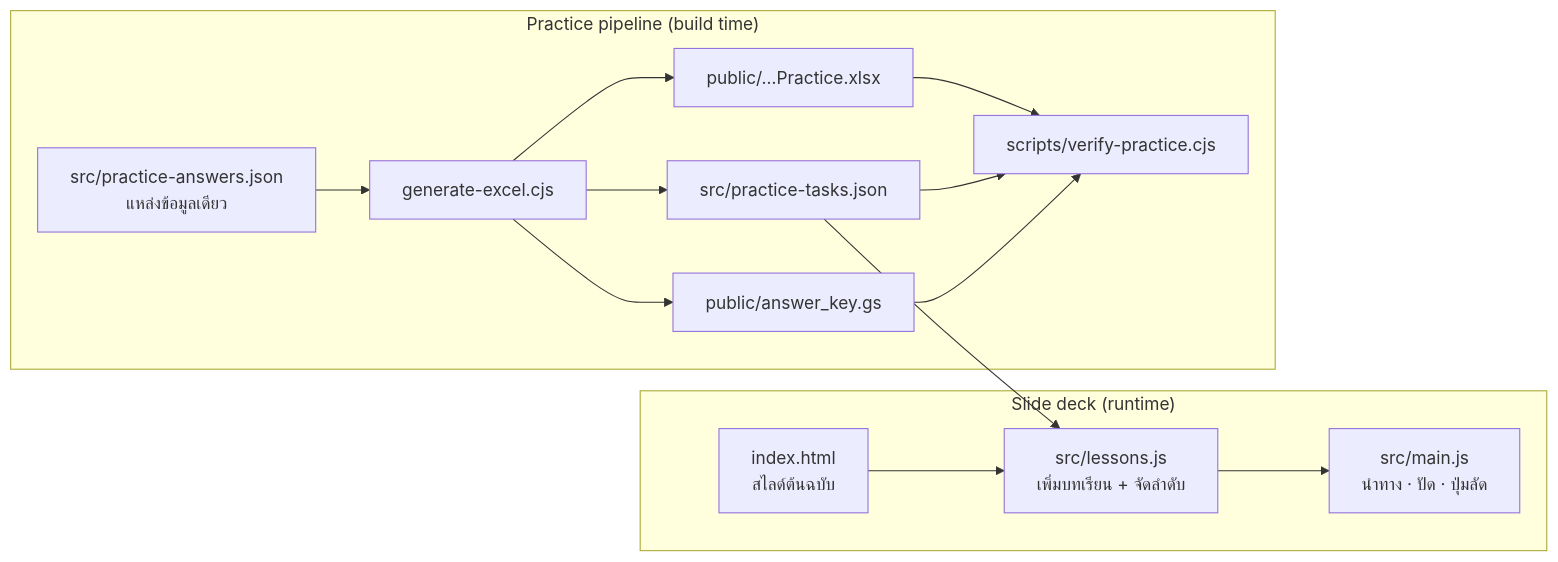
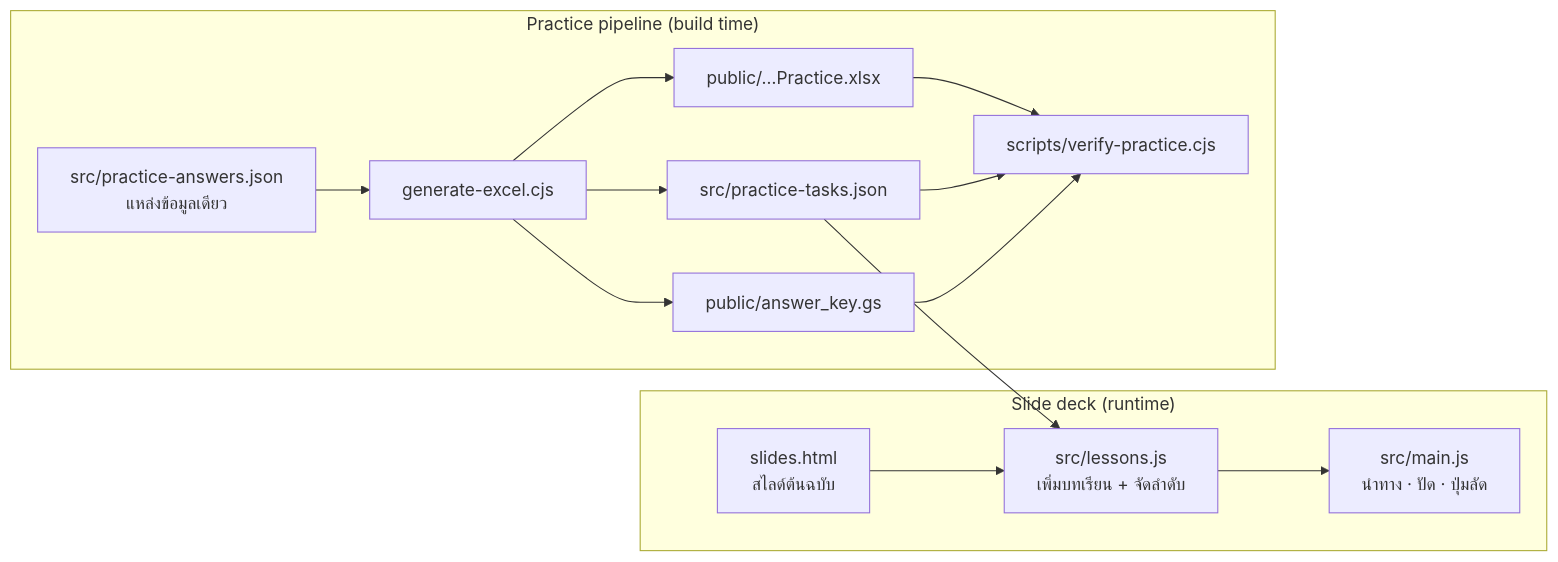
Before and after one commit to namkangwaan/google-sheet-slide-html: the diagram in README.md, drawn with Mermaid. The commit also changed other lines of this file and 4 other files, not shown here.

````diff
--- a/README.md
+++ b/README.md
@@ -147,15 +147,15 @@
 ```mermaid
 flowchart LR
   subgraph Deck["Slide deck (runtime)"]
-    H["index.html<br/>สไลด์ต้นฉบับ"] --> L["src/lessons.js<br/>เพิ่มบทเรียน + จัดลำดับ"]
+    H["slides.html<br/>สไลด์ต้นฉบับ"] --> L["src/lessons.js<br/>เพิ่มบทเรียน + จัดลำดับ"]
     L --> M["src/main.js<br/>นำทาง · ปัด · ปุ่มลัด"]
   end
   subgraph Practice["Practice pipeline (build time)"]
     A["src/practice-answers.json<br/>แหล่งข้อมูลเดียว"] --> G["generate-excel.cjs"]
     G --> X["public/…Practice.xlsx"]
     G --> T["src/practice-tasks.json"]
     G --> K["public/answer_key.gs"]
     X & T & K --> V["scripts/verify-practice.cjs"]
   end
   T --> L
 ```
````
